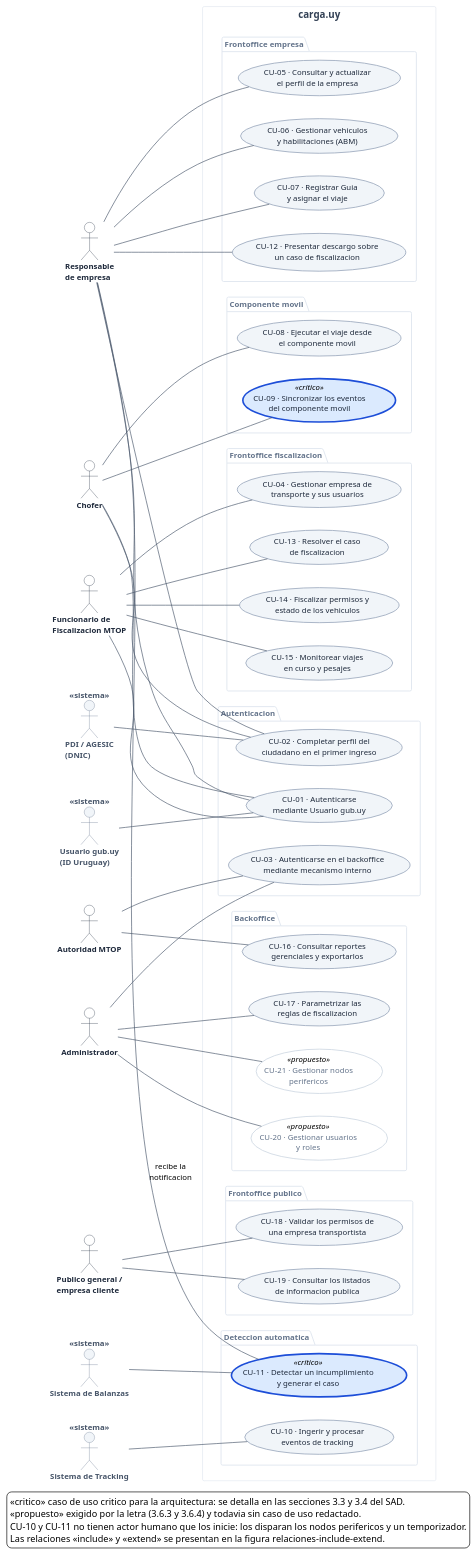
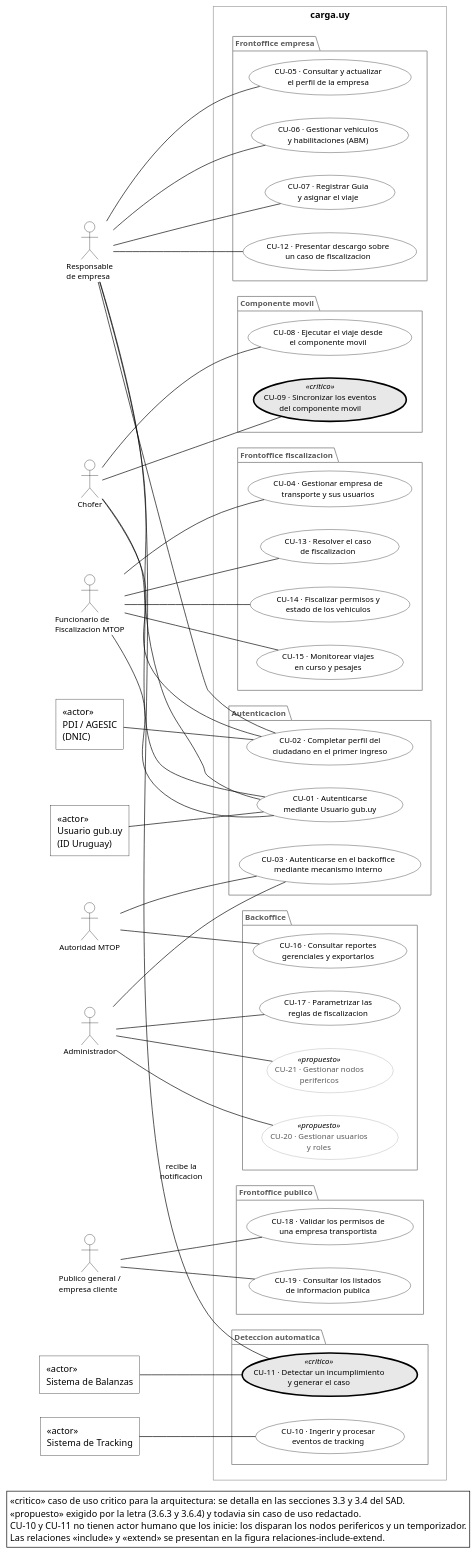
The diagram in vista-casos-de-uso.puml (LucasLazogue/use-cases), drawn with PlantUML before and after one commit. The commit also changed 8 other files, not shown here.

First line of the commit message:
Agrega la vista logica y alinea las figuras con el estilo de la plantilla

```diff
--- a/vista-casos-de-uso.puml
+++ b/vista-casos-de-uso.puml
@@ -1,162 +1,163 @@
 @startuml vista-casos-de-uso
 ' ---------------------------------------------------------------------------
 ' carga.uy - Vista de Casos de Uso
 ' Laboratorio TSE 2026 - Documento de Arquitectura de Software, seccion 3.2
 '
 ' Elementos segun la plantilla del SAD: Caso de Uso, Actor, Asociacion y
 ' Frontera del Sistema. Las relaciones <<include>> / <<extend>> se presentan
 ' aparte, en relaciones-include-extend.puml, para no ensuciar esta vista.
 ' ---------------------------------------------------------------------------
 
 left to right direction
 
+' Estilo alineado con la Figura 3 de la plantilla (sad_tse_2025.pdf):
+' blanco y negro, monigotes para las personas y rectangulo <<actor>> para
+' los sistemas externos, frontera simple.
 skinparam backgroundColor #FFFFFF
 skinparam shadowing false
 skinparam defaultFontName "Segoe UI"
 skinparam defaultFontSize 12
-skinparam ArrowColor #475569
+skinparam roundcorner 0
+skinparam ArrowColor #000000
+skinparam ArrowFontColor #000000
 
 skinparam actor {
-  BorderColor #1E293B
+  BorderColor #000000
   BackgroundColor #FFFFFF
-  FontColor #1E293B
-  FontStyle bold
-  BorderColor<<sistema>> #64748B
-  BackgroundColor<<sistema>> #F1F5F9
-  FontColor<<sistema>> #475569
+  FontColor #000000
 }
 skinparam usecase {
-  BackgroundColor #F1F5F9
-  BorderColor #94A3B8
-  FontColor #1E293B
-  BorderThickness 1.2
-  BackgroundColor<<critico>> #DBEAFE
-  BorderColor<<critico>> #1D4ED8
+  BackgroundColor #FFFFFF
+  BorderColor #000000
+  FontColor #000000
+  BackgroundColor<<critico>> #E8E8E8
+  BorderColor<<critico>> #000000
   BorderThickness<<critico>> 2.5
   BackgroundColor<<propuesto>> #FFFFFF
-  BorderColor<<propuesto>> #CBD5E1
-  FontColor<<propuesto>> #64748B
+  BorderColor<<propuesto>> #9A9A9A
+  FontColor<<propuesto>> #5A5A5A
 }
 skinparam rectangle {
-  BorderColor #94A3B8
+  BorderColor #000000
   BackgroundColor #FFFFFF
-  FontColor #334155
-  FontSize 15
-  FontStyle bold
+  FontColor #000000
+  FontSize 14
 }
 skinparam package {
-  BorderColor #E2E8F0
+  BorderColor #9A9A9A
   BackgroundColor #FFFFFF
-  FontColor #64748B
+  FontColor #5A5A5A
   FontSize 12
 }
 
 ' --------------------------- actores ---------------------------
 ' primarios: inician los casos de uso
 actor "Responsable\nde empresa" as RESP
 actor "Chofer" as CHOF
 actor "Funcionario de\nFiscalizacion MTOP" as FUNC
 actor "Autoridad MTOP" as AUT
 actor "Administrador" as ADM
 actor "Publico general /\nempresa cliente" as PUB
-' secundarios: sistemas externos y nodos perifericos
-actor "PDI / AGESIC\n(DNIC)" as PDI <<sistema>>
-actor "Usuario gub.uy\n(ID Uruguay)" as GUB <<sistema>>
-actor "Sistema de Balanzas" as BAL <<sistema>>
-actor "Sistema de Tracking" as TRK <<sistema>>
+' secundarios: sistemas externos y nodos perifericos.
+' Como en la Figura 3 de la plantilla, los actores que son sistemas se
+' dibujan como rectangulo con el estereotipo <<actor>>, no como monigote.
+rectangle "<<actor>>\nPDI / AGESIC\n(DNIC)" as PDI
+rectangle "<<actor>>\nUsuario gub.uy\n(ID Uruguay)" as GUB
+rectangle "<<actor>>\nSistema de Balanzas" as BAL
+rectangle "<<actor>>\nSistema de Tracking" as TRK
 
 ' --------------------------- frontera del sistema ---------------------------
 rectangle "carga.uy" {
 
   package "Frontoffice empresa" {
     usecase "CU-05 · Consultar y actualizar\nel perfil de la empresa" as CU05
     usecase "CU-06 · Gestionar vehiculos\ny habilitaciones (ABM)" as CU06
     usecase "CU-07 · Registrar Guia\ny asignar el viaje" as CU07
     usecase "CU-12 · Presentar descargo sobre\nun caso de fiscalizacion" as CU12
   }
 
   package "Componente movil" {
     usecase "CU-08 · Ejecutar el viaje desde\nel componente movil" as CU08
     usecase "CU-09 · Sincronizar los eventos\ndel componente movil" as CU09 <<critico>>
   }
 
   package "Frontoffice fiscalizacion" {
     usecase "CU-04 · Gestionar empresa de\ntransporte y sus usuarios" as CU04
     usecase "CU-13 · Resolver el caso\nde fiscalizacion" as CU13
     usecase "CU-14 · Fiscalizar permisos y\nestado de los vehiculos" as CU14
     usecase "CU-15 · Monitorear viajes\nen curso y pesajes" as CU15
   }
 
   package "Autenticacion" {
     usecase "CU-02 · Completar perfil del\nciudadano en el primer ingreso" as CU02
     usecase "CU-01 · Autenticarse\nmediante Usuario gub.uy" as CU01
     usecase "CU-03 · Autenticarse en el backoffice\nmediante mecanismo interno" as CU03
   }
 
   package "Backoffice" {
     usecase "CU-16 · Consultar reportes\ngerenciales y exportarlos" as CU16
     usecase "CU-20 · Gestionar usuarios\ny roles" as CU20 <<propuesto>>
     usecase "CU-17 · Parametrizar las\nreglas de fiscalizacion" as CU17
     usecase "CU-21 · Gestionar nodos\nperifericos" as CU21 <<propuesto>>
   }
 
   package "Frontoffice publico" {
     usecase "CU-18 · Validar los permisos de\nuna empresa transportista" as CU18
     usecase "CU-19 · Consultar los listados\nde informacion publica" as CU19
   }
 
   package "Deteccion automatica" {
     usecase "CU-11 · Detectar un incumplimiento\ny generar el caso" as CU11 <<critico>>
     usecase "CU-10 · Ingerir y procesar\neventos de tracking" as CU10
   }
 }
 
 ' --------------------------- asociaciones ---------------------------
 ' Responsable de empresa
 RESP -- CU01
 RESP -- CU02
 RESP -- CU05
 RESP -- CU06
 RESP -- CU07
 RESP -- CU12
 RESP -- CU11 : recibe la\nnotificacion
 
 ' Chofer
 CHOF -- CU01
 CHOF -- CU02
 CHOF -- CU08
 CHOF -- CU09
 
 ' Funcionario de Fiscalizacion
 FUNC -- CU01
 FUNC -- CU04
 FUNC -- CU13
 FUNC -- CU14
 FUNC -- CU15
 
 ' Autoridad MTOP y Administrador (backoffice, autenticacion interna)
 AUT -- CU03
 AUT -- CU16
 ADM -- CU03
 ADM -- CU17
 ADM -- CU20
 ADM -- CU21
 
 ' Publico general (sin autenticacion)
 PUB -- CU18
 PUB -- CU19
 
 ' Sistemas externos y nodos perifericos
 GUB -- CU01
 PDI -- CU02
 BAL -- CU11
 TRK -- CU10
 
 legend bottom
   <<critico>> caso de uso critico para la arquitectura: se detalla en las secciones 3.3 y 3.4 del SAD.
   <<propuesto>> exigido por la letra (3.6.3 y 3.6.4) y todavia sin caso de uso redactado.
   CU-10 y CU-11 no tienen actor humano que los inicie: los disparan los nodos perifericos y un temporizador.
   Las relaciones <<include>> y <<extend>> se presentan en la figura relaciones-include-extend.
 endlegend
 
 @enduml
```
